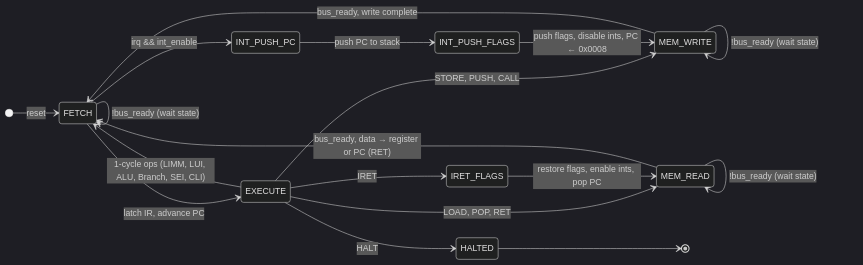
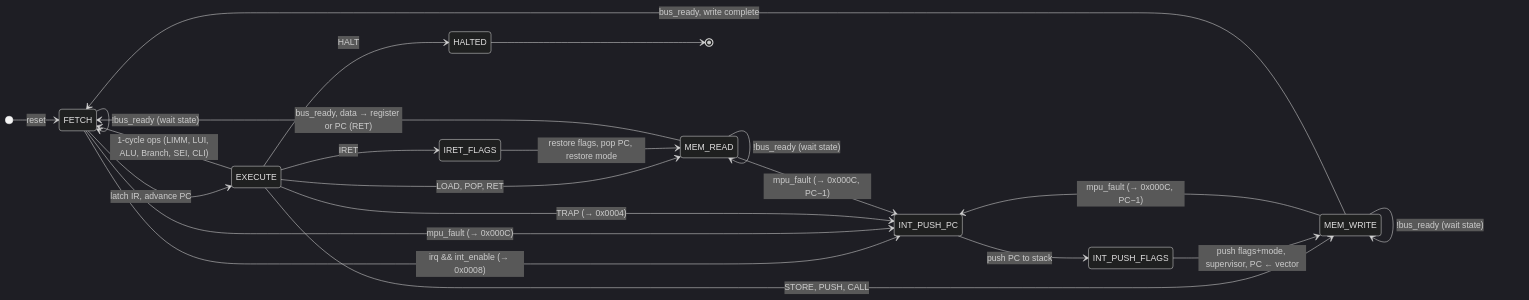
Before and after one commit to ellisgl/U1624: the second of 3 diagrams in README.md, drawn with Mermaid (dark theme). The commit also changed other lines of this file, not shown here.

First line of the commit message:
Update README with MPU, supervisor/user mode, and TRAP docs

````diff
--- a/README.md
+++ b/README.md
@@ -371,28 +464,32 @@
 ```mermaid
 stateDiagram-v2
     direction LR
 
     [*] --> FETCH : reset
 
     FETCH --> EXECUTE : latch IR, advance PC
-    FETCH --> INT_PUSH_PC : irq && int_enable
+    FETCH --> INT_PUSH_PC : irq && int_enable (→ 0x0008)
+    FETCH --> INT_PUSH_PC : mpu_fault (→ 0x000C)
 
     EXECUTE --> FETCH : 1-cycle ops (LIMM, LUI, ALU, Branch, SEI, CLI)
     EXECUTE --> MEM_READ : LOAD, POP, RET
     EXECUTE --> MEM_WRITE : STORE, PUSH, CALL
+    EXECUTE --> INT_PUSH_PC : TRAP (→ 0x0004)
     EXECUTE --> IRET_FLAGS : IRET
     EXECUTE --> HALTED : HALT
 
     FETCH --> FETCH : !bus_ready (wait state)
     MEM_READ --> MEM_READ : !bus_ready (wait state)
+    MEM_READ --> INT_PUSH_PC : mpu_fault (→ 0x000C, PC−1)
     MEM_READ --> FETCH : bus_ready, data → register or PC (RET)
     MEM_WRITE --> MEM_WRITE : !bus_ready (wait state)
+    MEM_WRITE --> INT_PUSH_PC : mpu_fault (→ 0x000C, PC−1)
     MEM_WRITE --> FETCH : bus_ready, write complete
 
     INT_PUSH_PC --> INT_PUSH_FLAGS : push PC to stack
-    INT_PUSH_FLAGS --> MEM_WRITE : push flags, disable ints, PC ← 0x0008
+    INT_PUSH_FLAGS --> MEM_WRITE : push flags+mode, supervisor, PC ← vector
 
-    IRET_FLAGS --> MEM_READ : restore flags, enable ints, pop PC
+    IRET_FLAGS --> MEM_READ : restore flags, pop PC, restore mode
 
     HALTED --> [*]
 ```
````
